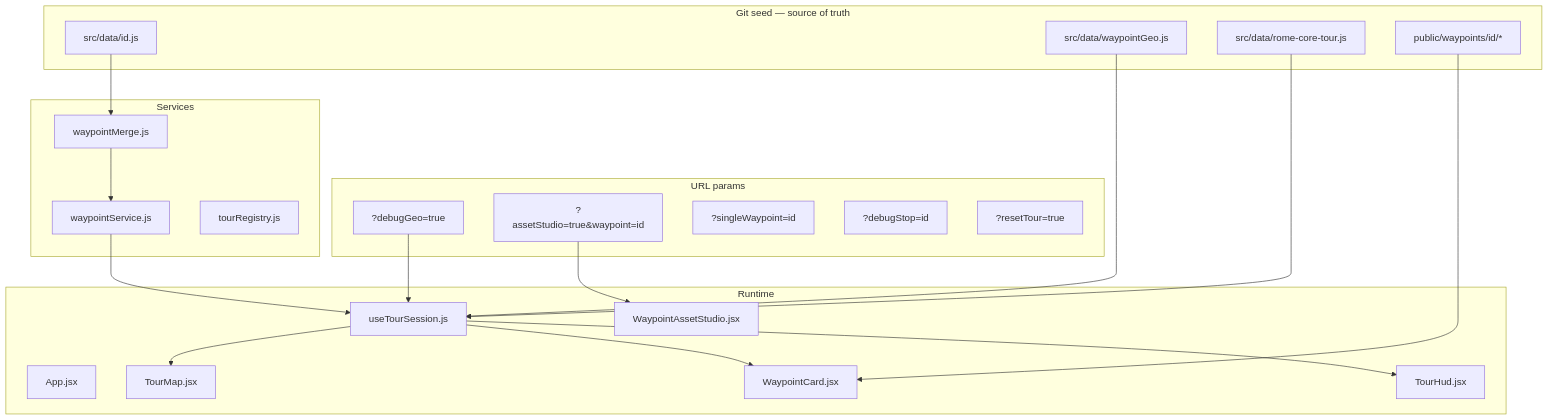
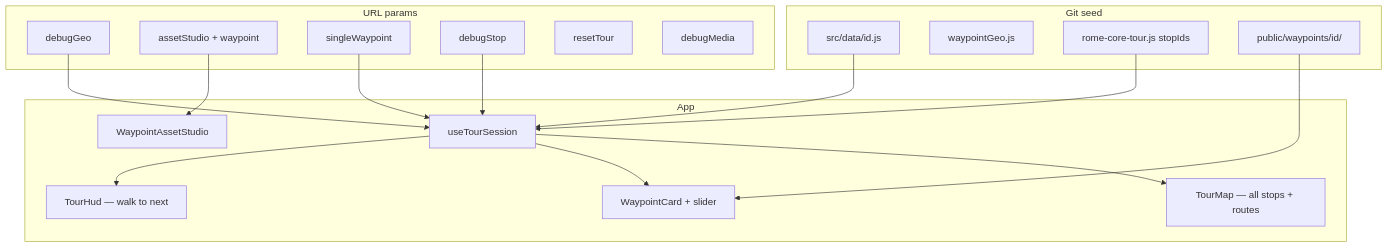
Before and after one commit to isienrione/pirisibits: the diagram in chronowalk/WAYPOINT_PLAYBOOK.md, drawn with Mermaid. The commit also changed other lines of this file and 5 other files, not shown here.

````diff
--- a/chronowalk/WAYPOINT_PLAYBOOK.md
+++ b/chronowalk/WAYPOINT_PLAYBOOK.md
@@ -73,44 +128,37 @@
 ```mermaid
 flowchart TB
   subgraph urls [URL params]
-    U1["?debugGeo=true"]
-    U2["?assetStudio=true&waypoint=id"]
-    U3["?singleWaypoint=id"]
-    U4["?debugStop=id"]
-    U5["?resetTour=true"]
+    U1["debugGeo"]
+    U2["assetStudio + waypoint"]
+    U3["singleWaypoint"]
+    U4["debugStop"]
+    U5["resetTour"]
+    U6["debugMedia"]
   end
 
-  subgraph data [Git seed — source of truth]
+  subgraph data [Git seed]
     D1["src/data/id.js"]
-    D2["src/data/waypointGeo.js"]
-    D3["src/data/rome-core-tour.js"]
-    D4["public/waypoints/id/*"]
+    D2["waypointGeo.js"]
+    D3["rome-core-tour.js stopIds"]
+    D4["public/waypoints/id/"]
   end
 
-  subgraph runtime [Runtime]
-    R1["App.jsx"]
-    R2["useTourSession.js"]
-    R3["TourMap.jsx"]
-    R4["WaypointCard.jsx"]
-    R5["TourHud.jsx"]
-    R6["WaypointAssetStudio.jsx"]
+  subgraph runtime [App]
+    R1["useTourSession"]
+    R2["TourMap — all stops + routes"]
+    R3["WaypointCard + slider"]
+    R4["TourHud — walk to next"]
+    R5["WaypointAssetStudio"]
   end
 
-  subgraph services [Services]
-    S1["waypointMerge.js"]
-    S2["waypointService.js"]
-    S3["tourRegistry.js"]
-  end
-
-  D3 --> R2
-  D1 --> S1
-  D2 --> R2
-  D4 --> R4
-  S1 --> S2
-  S2 --> R2
-  U1 --> R2
-  U2 --> R6
-  R2 --> R3
-  R2 --> R4
-  R2 --> R5
+  D3 --> R1
+  D1 --> R1
+  D4 --> R3
+  U1 --> R1
+  U3 --> R1
+  U4 --> R1
+  U2 --> R5
+  R1 --> R2
+  R1 --> R3
+  R1 --> R4
 ```
````
